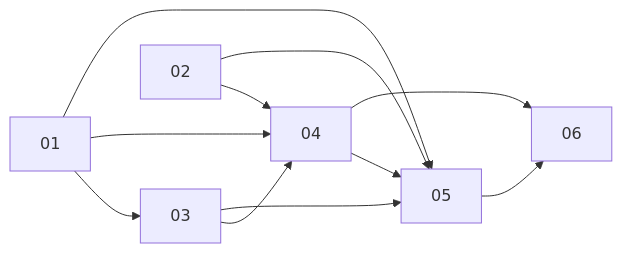
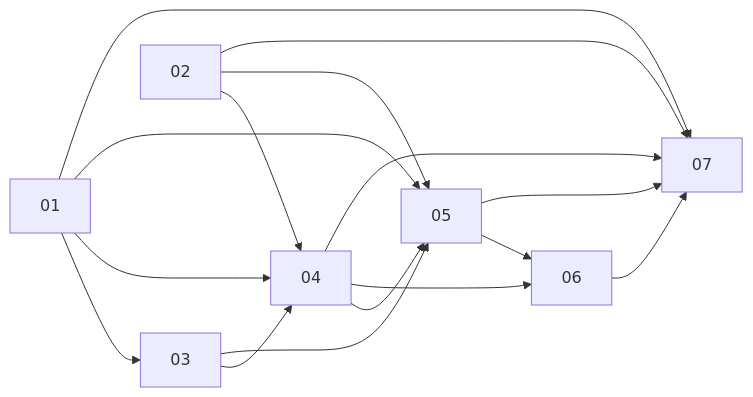
The diagram in docs/agent_files/feat-pvp-20261028-1435/README.md (tejitpabari99/node-arena), drawn with Mermaid before and after one commit. The commit also changed other lines of this file and 7 other files, not shown here.

````diff
--- a/docs/agent_files/feat-pvp-20261028-1435/README.md
+++ b/docs/agent_files/feat-pvp-20261028-1435/README.md
@@ -23,13 +24,18 @@
 ```mermaid
 graph LR
   01 --> 03
   01 --> 04
   01 --> 05
   02 --> 04
   02 --> 05
   03 --> 04
   03 --> 05
   04 --> 05
   04 --> 06
   05 --> 06
+  01 --> 07
+  02 --> 07
+  04 --> 07
+  05 --> 07
+  06 --> 07
 ```
````
